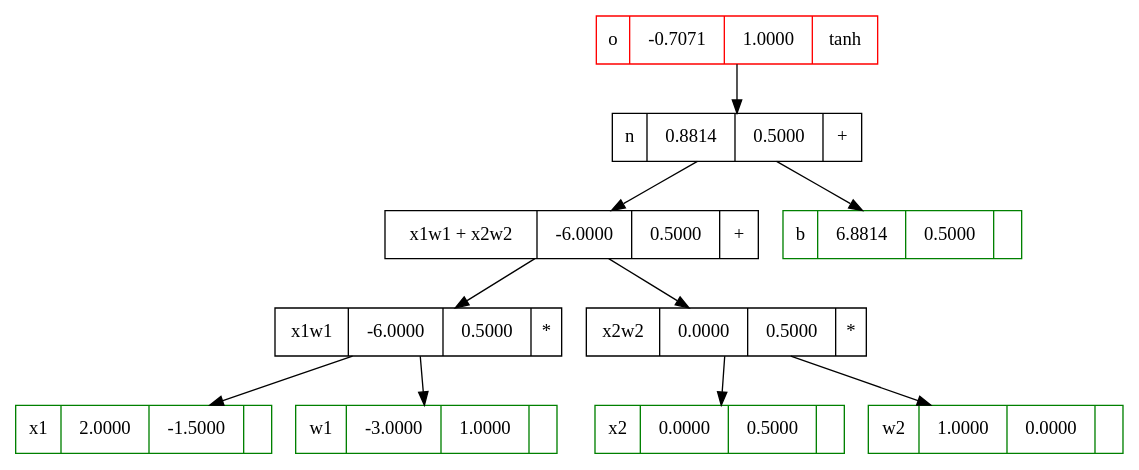
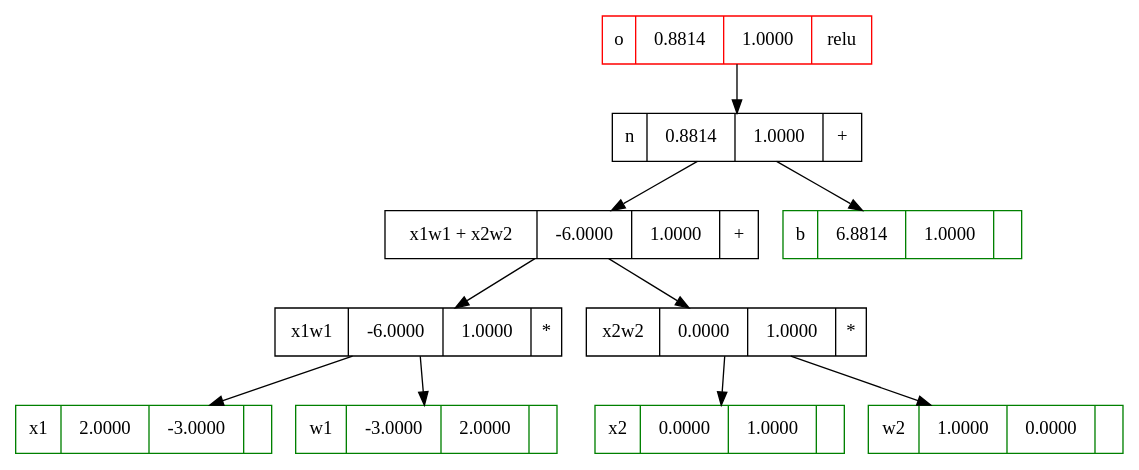
One commit to gavi/micrograd_cs changed the diagram in graph.dot. Above: the diagram before and after it, drawn with Graphviz. The commit also changed 2 other files, not shown here.

```diff
--- a/graph.dot
+++ b/graph.dot
@@ -1,21 +1,21 @@
 digraph Micrograd { 
-	"6eee4021-ee4e-4b36-9d9b-33abf4e8ddd3"[color="#FF0000",fillcolor="#808080",label="o|-0.7071|1.0000|tanh",shape=record]; 
-	"da81cc85-f93d-4713-b3df-a7f6b6f30647"[label="n|0.8814|0.5000|+",shape=record]; 
-	"f5188bde-1e19-49e6-b33d-0543a6a7b674"[label="x1w1 + x2w2|-6.0000|0.5000|+",shape=record]; 
-	"1de128a2-5adc-4490-be4b-a828ac3deb5d"[label="x1w1|-6.0000|0.5000|*",shape=record]; 
-	"1b59bf5e-9e8c-424a-9e70-bfd059dd7225"[color="#008000",fillcolor="#90EE90",label="x1|2.0000|-1.5000|",shape=record]; 
-	"1de128a2-5adc-4490-be4b-a828ac3deb5d" -> "1b59bf5e-9e8c-424a-9e70-bfd059dd7225"; 
-	"ec15202a-9b45-4539-b47f-b0c5a1561337"[color="#008000",fillcolor="#90EE90",label="w1|-3.0000|1.0000|",shape=record]; 
-	"1de128a2-5adc-4490-be4b-a828ac3deb5d" -> "ec15202a-9b45-4539-b47f-b0c5a1561337"; 
-	"f5188bde-1e19-49e6-b33d-0543a6a7b674" -> "1de128a2-5adc-4490-be4b-a828ac3deb5d"; 
-	"0dbfa7af-5a40-4bf7-adf9-70591df33909"[label="x2w2|0.0000|0.5000|*",shape=record]; 
-	"9533f7cc-08db-44a3-8a34-5ac287d1a12f"[color="#008000",fillcolor="#90EE90",label="x2|0.0000|0.5000|",shape=record]; 
-	"0dbfa7af-5a40-4bf7-adf9-70591df33909" -> "9533f7cc-08db-44a3-8a34-5ac287d1a12f"; 
-	"85c3ac14-75b1-4185-8bb0-56fe496293e8"[color="#008000",fillcolor="#90EE90",label="w2|1.0000|0.0000|",shape=record]; 
-	"0dbfa7af-5a40-4bf7-adf9-70591df33909" -> "85c3ac14-75b1-4185-8bb0-56fe496293e8"; 
-	"f5188bde-1e19-49e6-b33d-0543a6a7b674" -> "0dbfa7af-5a40-4bf7-adf9-70591df33909"; 
-	"da81cc85-f93d-4713-b3df-a7f6b6f30647" -> "f5188bde-1e19-49e6-b33d-0543a6a7b674"; 
-	"677195cd-85b9-4d32-9842-f634b10e39f1"[color="#008000",fillcolor="#90EE90",label="b|6.8814|0.5000|",shape=record]; 
-	"da81cc85-f93d-4713-b3df-a7f6b6f30647" -> "677195cd-85b9-4d32-9842-f634b10e39f1"; 
-	"6eee4021-ee4e-4b36-9d9b-33abf4e8ddd3" -> "da81cc85-f93d-4713-b3df-a7f6b6f30647"; 
+	"3c43c712-23fd-40b7-b77f-656a7d6cf0be"[color="#FF0000",fillcolor="#808080",label="o|0.8814|1.0000|relu",shape=record]; 
+	"bfa842b9-5273-4239-9833-5f8cb790217a"[label="n|0.8814|1.0000|+",shape=record]; 
+	"7962183f-e97b-4a69-b50c-aab7f91515f3"[label="x1w1 + x2w2|-6.0000|1.0000|+",shape=record]; 
+	"6671c3eb-a2a2-402a-a4e5-8d3112138a81"[label="x1w1|-6.0000|1.0000|*",shape=record]; 
+	"8ed9043f-1e63-4ce9-a2fc-f8df23527822"[color="#008000",fillcolor="#90EE90",label="x1|2.0000|-3.0000|",shape=record]; 
+	"6671c3eb-a2a2-402a-a4e5-8d3112138a81" -> "8ed9043f-1e63-4ce9-a2fc-f8df23527822"; 
+	"b7598b42-17a4-4b1e-9d7e-0a7c67c3956b"[color="#008000",fillcolor="#90EE90",label="w1|-3.0000|2.0000|",shape=record]; 
+	"6671c3eb-a2a2-402a-a4e5-8d3112138a81" -> "b7598b42-17a4-4b1e-9d7e-0a7c67c3956b"; 
+	"7962183f-e97b-4a69-b50c-aab7f91515f3" -> "6671c3eb-a2a2-402a-a4e5-8d3112138a81"; 
+	"aab7fad7-af49-414b-92fb-2c11fd77b9dd"[label="x2w2|0.0000|1.0000|*",shape=record]; 
+	"faa6b436-fe15-4913-9859-8398d6437b45"[color="#008000",fillcolor="#90EE90",label="x2|0.0000|1.0000|",shape=record]; 
+	"aab7fad7-af49-414b-92fb-2c11fd77b9dd" -> "faa6b436-fe15-4913-9859-8398d6437b45"; 
+	"facd3f23-103e-43e5-b53c-c9d28997ee07"[color="#008000",fillcolor="#90EE90",label="w2|1.0000|0.0000|",shape=record]; 
+	"aab7fad7-af49-414b-92fb-2c11fd77b9dd" -> "facd3f23-103e-43e5-b53c-c9d28997ee07"; 
+	"7962183f-e97b-4a69-b50c-aab7f91515f3" -> "aab7fad7-af49-414b-92fb-2c11fd77b9dd"; 
+	"bfa842b9-5273-4239-9833-5f8cb790217a" -> "7962183f-e97b-4a69-b50c-aab7f91515f3"; 
+	"abef3240-82f7-4db9-99d4-4d55eca3b604"[color="#008000",fillcolor="#90EE90",label="b|6.8814|1.0000|",shape=record]; 
+	"bfa842b9-5273-4239-9833-5f8cb790217a" -> "abef3240-82f7-4db9-99d4-4d55eca3b604"; 
+	"3c43c712-23fd-40b7-b77f-656a7d6cf0be" -> "bfa842b9-5273-4239-9833-5f8cb790217a"; 
 }
```
